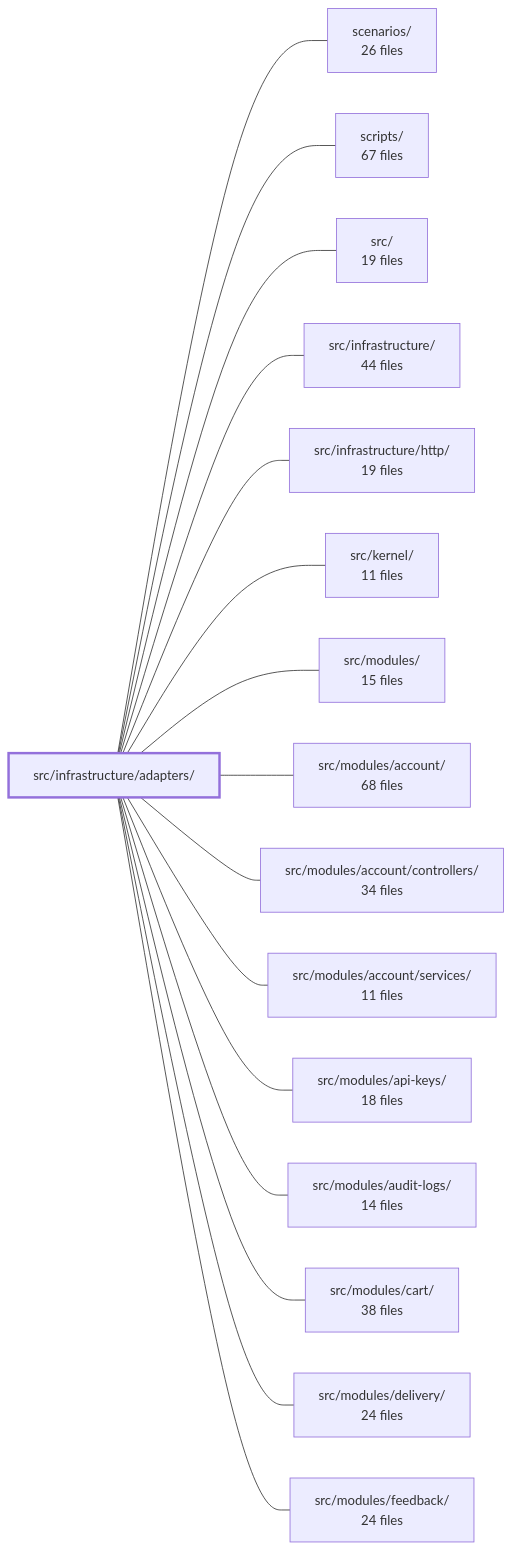
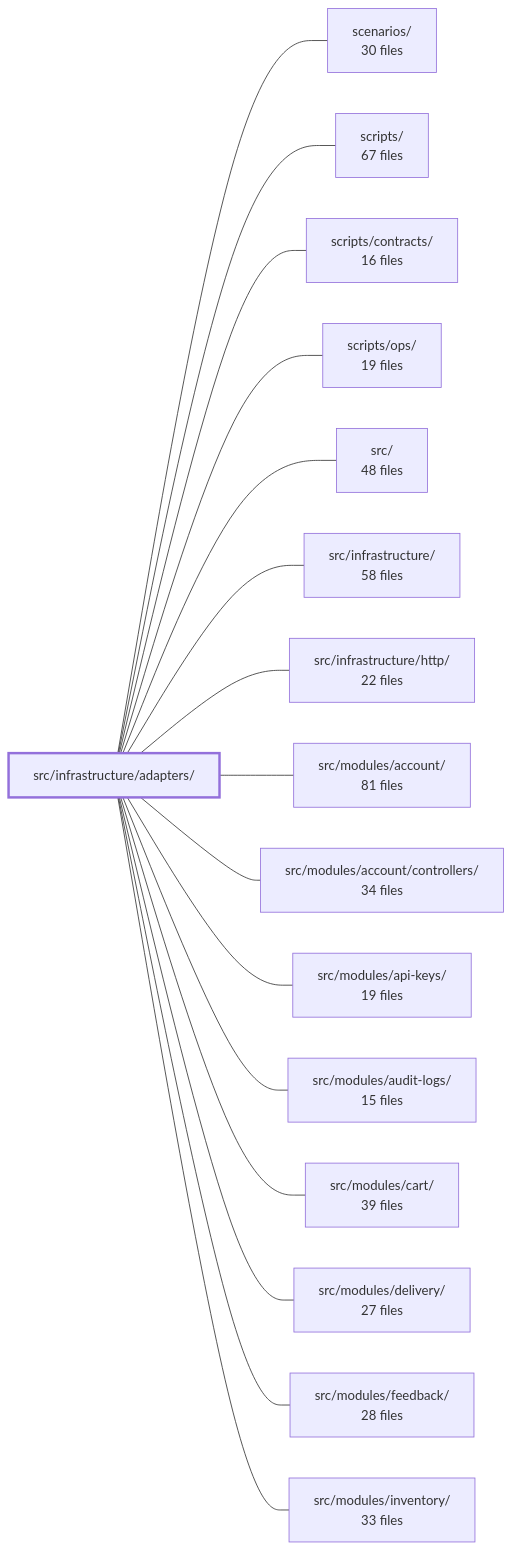
Before and after one commit to Guebbit/boilerplate-node-backend: the diagram in .2brain/modules/boilerplate-node-backend_src_infrastructure_adapters.md, drawn with Mermaid. The commit also changed other lines of this file and 187 other files, not shown here.

````diff
--- a/.2brain/modules/boilerplate-node-backend_src_infrastructure_adapters.md
+++ b/.2brain/modules/boilerplate-node-backend_src_infrastructure_adapters.md
@@ -42,35 +41,35 @@
 ```mermaid
 flowchart LR
     m_src_infrastructure_adapters["src/infrastructure/adapters/"]
-    m_scenarios["scenarios/<br/>26 files"]
+    m_scenarios["scenarios/<br/>30 files"]
     m_scripts["scripts/<br/>67 files"]
-    m_src["src/<br/>19 files"]
-    m_src_infrastructure["src/infrastructure/<br/>44 files"]
-    m_src_infrastructure_http["src/infrastructure/http/<br/>19 files"]
-    m_src_kernel["src/kernel/<br/>11 files"]
-    m_src_modules["src/modules/<br/>15 files"]
-    m_src_modules_account["src/modules/account/<br/>68 files"]
+    m_scripts_contracts["scripts/contracts/<br/>16 files"]
+    m_scripts_ops["scripts/ops/<br/>19 files"]
+    m_src["src/<br/>48 files"]
+    m_src_infrastructure["src/infrastructure/<br/>58 files"]
+    m_src_infrastructure_http["src/infrastructure/http/<br/>22 files"]
+    m_src_modules_account["src/modules/account/<br/>81 files"]
     m_src_modules_account_controllers["src/modules/account/controllers/<br/>34 files"]
-    m_src_modules_account_services["src/modules/account/services/<br/>11 files"]
-    m_src_modules_api_keys["src/modules/api-keys/<br/>18 files"]
-    m_src_modules_audit_logs["src/modules/audit-logs/<br/>14 files"]
-    m_src_modules_cart["src/modules/cart/<br/>38 files"]
-    m_src_modules_delivery["src/modules/delivery/<br/>24 files"]
-    m_src_modules_feedback["src/modules/feedback/<br/>24 files"]
+    m_src_modules_api_keys["src/modules/api-keys/<br/>19 files"]
+    m_src_modules_audit_logs["src/modules/audit-logs/<br/>15 files"]
+    m_src_modules_cart["src/modules/cart/<br/>39 files"]
+    m_src_modules_delivery["src/modules/delivery/<br/>27 files"]
+    m_src_modules_feedback["src/modules/feedback/<br/>28 files"]
+    m_src_modules_inventory["src/modules/inventory/<br/>33 files"]
     m_src_infrastructure_adapters --- m_scenarios
     m_src_infrastructure_adapters --- m_scripts
+    m_src_infrastructure_adapters --- m_scripts_contracts
+    m_src_infrastructure_adapters --- m_scripts_ops
     m_src_infrastructure_adapters --- m_src
     m_src_infrastructure_adapters --- m_src_infrastructure
     m_src_infrastructure_adapters --- m_src_infrastructure_http
-    m_src_infrastructure_adapters --- m_src_kernel
-    m_src_infrastructure_adapters --- m_src_modules
     m_src_infrastructure_adapters --- m_src_modules_account
     m_src_infrastructure_adapters --- m_src_modules_account_controllers
-    m_src_infrastructure_adapters --- m_src_modules_account_services
     m_src_infrastructure_adapters --- m_src_modules_api_keys
     m_src_infrastructure_adapters --- m_src_modules_audit_logs
     m_src_infrastructure_adapters --- m_src_modules_cart
     m_src_infrastructure_adapters --- m_src_modules_delivery
     m_src_infrastructure_adapters --- m_src_modules_feedback
+    m_src_infrastructure_adapters --- m_src_modules_inventory
     style m_src_infrastructure_adapters stroke-width:3px
 ```
````
